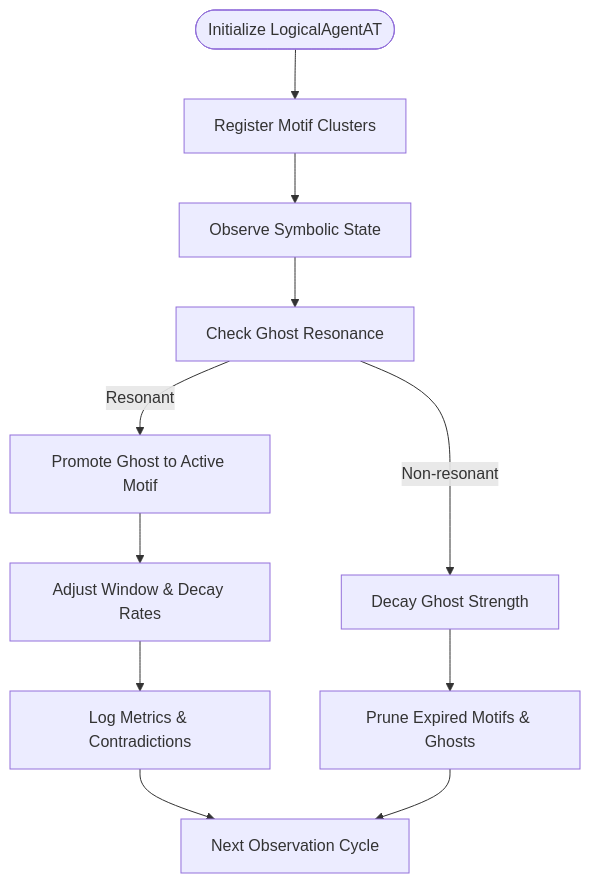
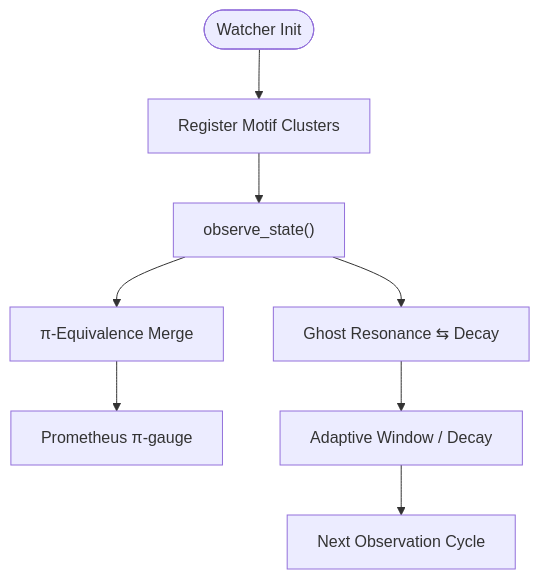
The diagram in Logical_Agent/README.MD (LinaNoor-AGI/noor-research), drawn with Mermaid before and after one commit. The commit also changed other lines of this file, not shown here.

````diff
--- a/Logical_Agent/README.MD
+++ b/Logical_Agent/README.MD
@@ -34,13 +51,10 @@
 ```mermaid
 flowchart TD
-    Init([Initialize LogicalAgentAT]) --> RegisterMotifs["Register Motif Clusters"]
-    RegisterMotifs --> ObserveState["Observe Symbolic State"]
-    ObserveState --> GhostResonance["Check Ghost Resonance"]
-    GhostResonance -->|Resonant| PromoteGhost["Promote Ghost to Active Motif"]
-    PromoteGhost --> AdjustWindow["Adjust Window & Decay Rates"]
-    GhostResonance -->|Non-resonant| DecayGhost["Decay Ghost Strength"]
-    DecayGhost --> Prune["Prune Expired Motifs & Ghosts"]
-    AdjustWindow --> Metrics["Log Metrics & Contradictions"]
-    Metrics --> NextCycle["Next Observation Cycle"]
-    Prune --> NextCycle
+    Start([Watcher Init]) --> RegisterMotif["Register Motif Clusters"]
+    RegisterMotif --> Observe["observe_state()"]
+    Observe --> Ghost["Ghost Resonance ⇆ Decay"]
+    Observe --> PiMerge["π‑Equivalence Merge"]
+    PiMerge --> PiGauge["Prometheus π‑gauge"]
+    Ghost --> Window["Adaptive Window / Decay"]
+    Window --> NextCycle["Next Observation Cycle"]
 ```
````
